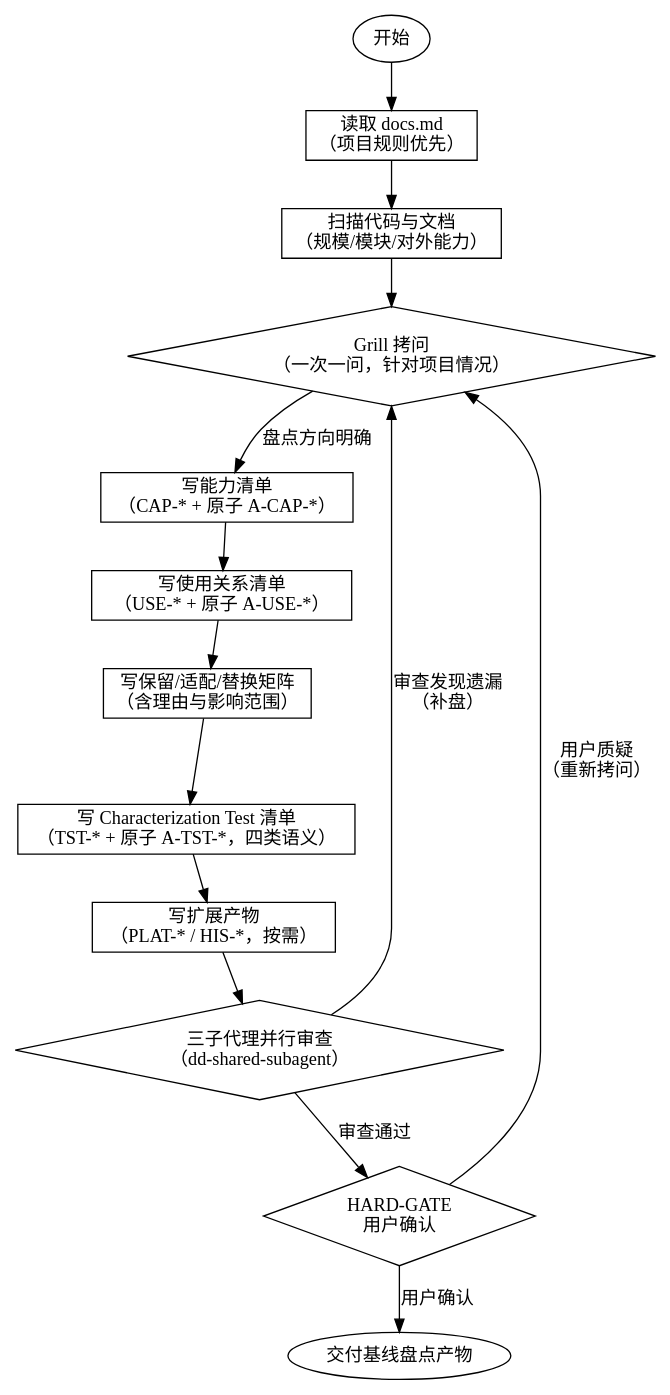
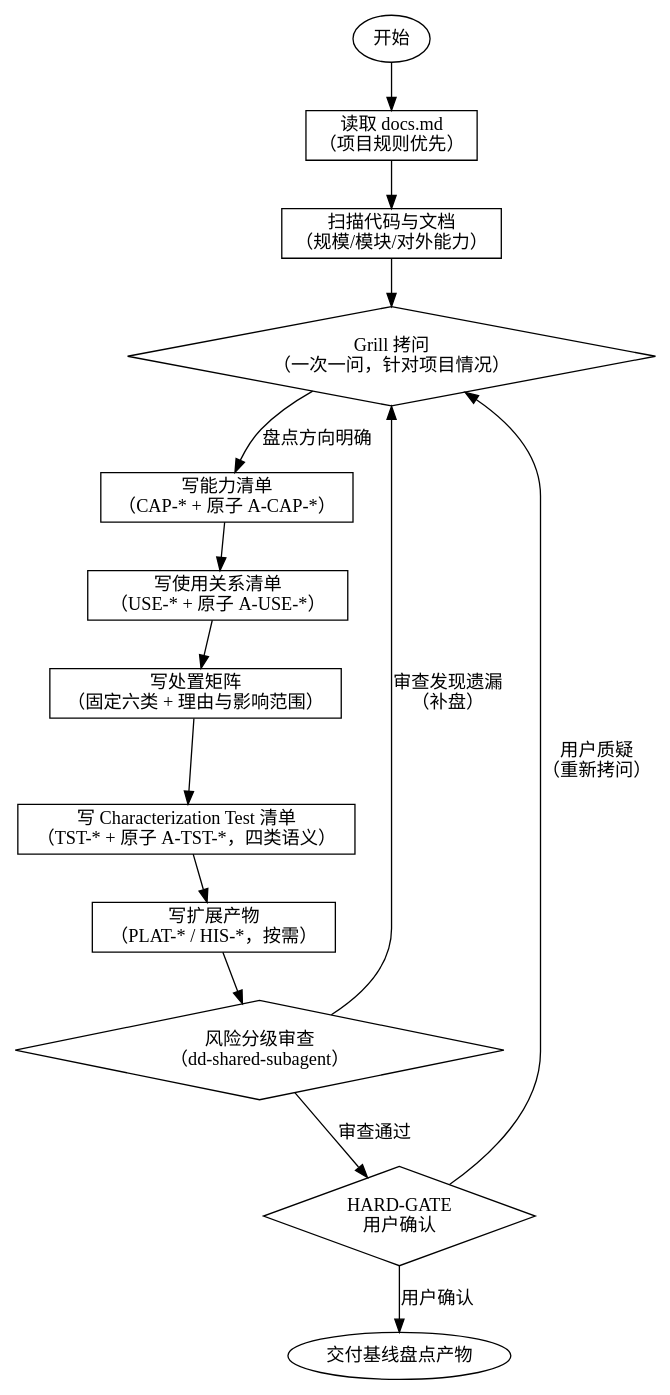
Before and after one commit to marcocpt/trae_skills: the first of 2 diagrams in dd-brownfield-baseline/SKILL.md, drawn with Graphviz. The commit also changed other lines of this file and 2 other files, not shown here.

````diff
--- a/dd-brownfield-baseline/SKILL.md
+++ b/dd-brownfield-baseline/SKILL.md
@@ -56,26 +68,26 @@
 ```dot
 digraph baseline_flow {
     rankdir=TB;
     node [shape=box];
     start [label="开始", shape=oval];
     read_docs [label="读取 docs.md\n（项目规则优先）"];
     scan_code [label="扫描代码与文档\n（规模/模块/对外能力）"];
     grill [label="Grill 拷问\n（一次一问，针对项目情况）", shape=diamond];
     write_cap [label="写能力清单\n（CAP-* + 原子 A-CAP-*）"];
     write_use [label="写使用关系清单\n（USE-* + 原子 A-USE-*）"];
-    write_matrix [label="写保留/适配/替换矩阵\n（含理由与影响范围）"];
+    write_matrix [label="写处置矩阵\n（固定六类 + 理由与影响范围）"];
     write_test [label="写 Characterization Test 清单\n（TST-* + 原子 A-TST-*，四类语义）"];
     write_ext [label="写扩展产物\n（PLAT-* / HIS-*，按需）"];
-    review [label="三子代理并行审查\n（dd-shared-subagent）", shape=diamond];
+    review [label="风险分级审查\n（dd-shared-subagent）", shape=diamond];
     gate [label="HARD-GATE\n用户确认", shape=diamond];
     done [label="交付基线盘点产物", shape=oval];
 
     start -> read_docs -> scan_code -> grill;
     grill -> write_cap [label="盘点方向明确"];
     write_cap -> write_use -> write_matrix -> write_test -> write_ext -> review;
     review -> gate [label="审查通过"];
     review -> grill [label="审查发现遗漏\n（补盘）"];
     gate -> done [label="用户确认"];
     gate -> grill [label="用户质疑\n（重新拷问）"];
 }
 ```
````
